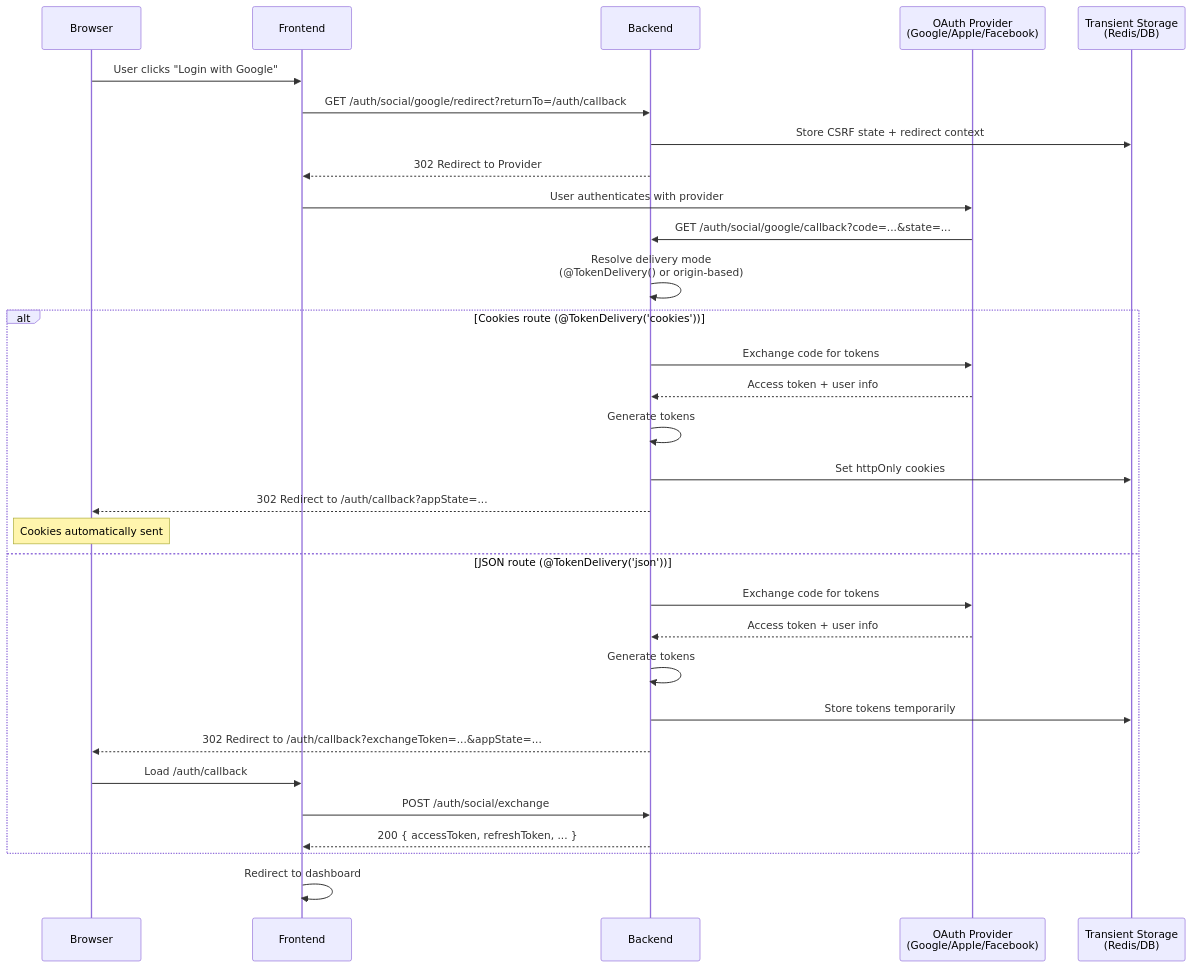
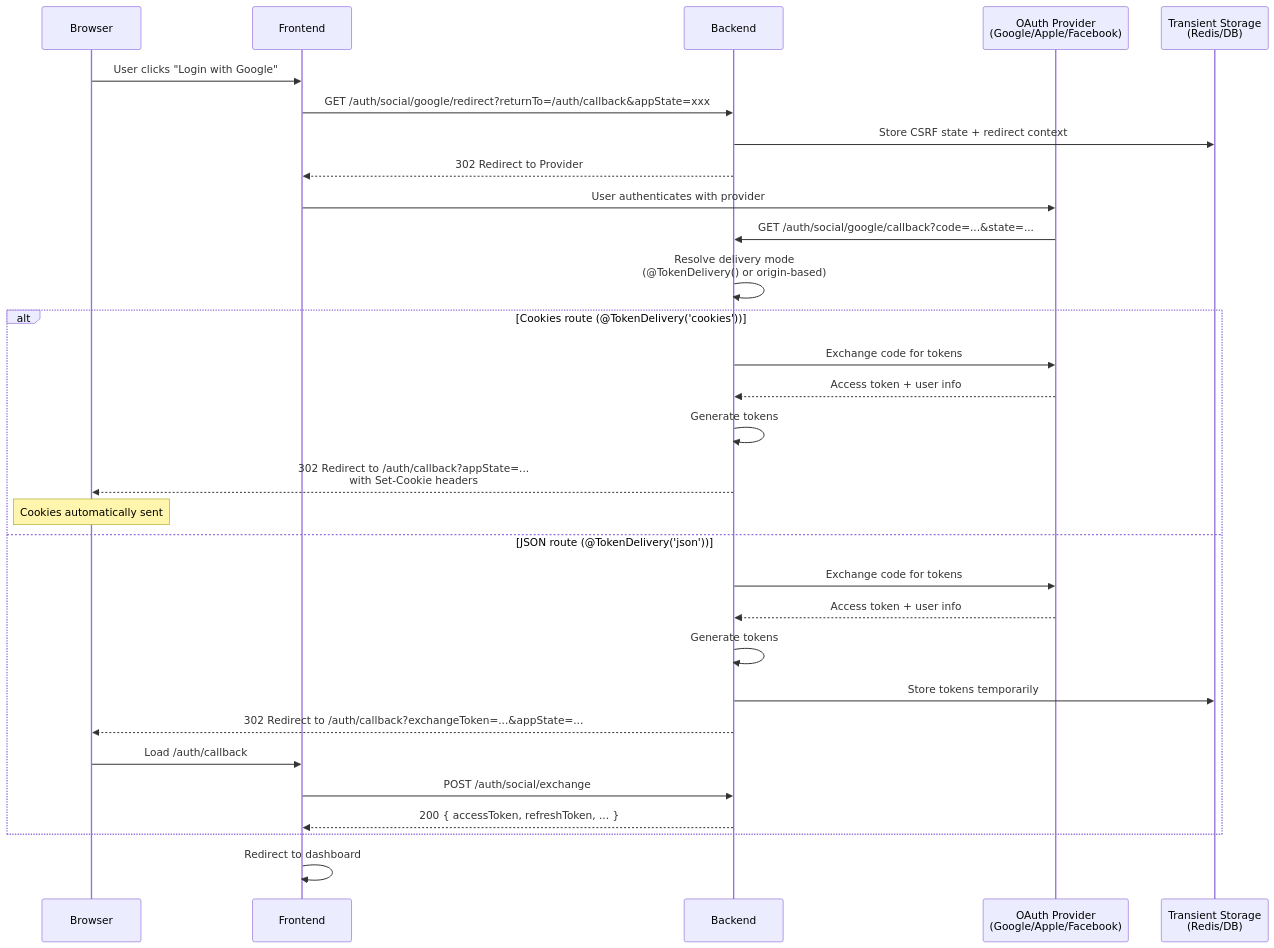
Before and after one commit to noorixorg/nauth-toolkit: the third of 3 diagrams in nauth-docs/docs/features/social-login.md, drawn with Mermaid. The commit also changed other lines of this file and 66 other files, not shown here.

````diff
--- a/nauth-docs/docs/features/social-login.md
+++ b/nauth-docs/docs/features/social-login.md
@@ -324,34 +97,33 @@
 ```mermaid
 sequenceDiagram
     participant Browser
     participant Frontend
     participant Backend
     participant Provider as OAuth Provider<br/>(Google/Apple/Facebook)
     participant Storage as Transient Storage<br/>(Redis/DB)
 
     Browser->>Frontend: User clicks "Login with Google"
-    Frontend->>Backend: GET /auth/social/google/redirect?returnTo=/auth/callback
+    Frontend->>Backend: GET /auth/social/google/redirect?returnTo=/auth/callback&appState=xxx
     Backend->>Storage: Store CSRF state + redirect context
     Backend-->>Frontend: 302 Redirect to Provider
     Frontend->>Provider: User authenticates with provider
     Provider->>Backend: GET /auth/social/google/callback?code=...&state=...
     Backend->>Backend: Resolve delivery mode<br/>(@TokenDelivery() or origin-based)
     alt Cookies route (@TokenDelivery('cookies'))
         Backend->>Provider: Exchange code for tokens
         Provider-->>Backend: Access token + user info
         Backend->>Backend: Generate tokens
-        Backend->>Storage: Set httpOnly cookies
-        Backend-->>Browser: 302 Redirect to /auth/callback?appState=...
+        Backend-->>Browser: 302 Redirect to /auth/callback?appState=...<br/>with Set-Cookie headers
         Note over Browser: Cookies automatically sent
     else JSON route (@TokenDelivery('json'))
         Backend->>Provider: Exchange code for tokens
         Provider-->>Backend: Access token + user info
         Backend->>Backend: Generate tokens
         Backend->>Storage: Store tokens temporarily
         Backend-->>Browser: 302 Redirect to /auth/callback?exchangeToken=...&appState=...
         Browser->>Frontend: Load /auth/callback
         Frontend->>Backend: POST /auth/social/exchange
         Backend-->>Frontend: 200 { accessToken, refreshToken, ... }
     end
     Frontend->>Frontend: Redirect to dashboard
 ```
````
